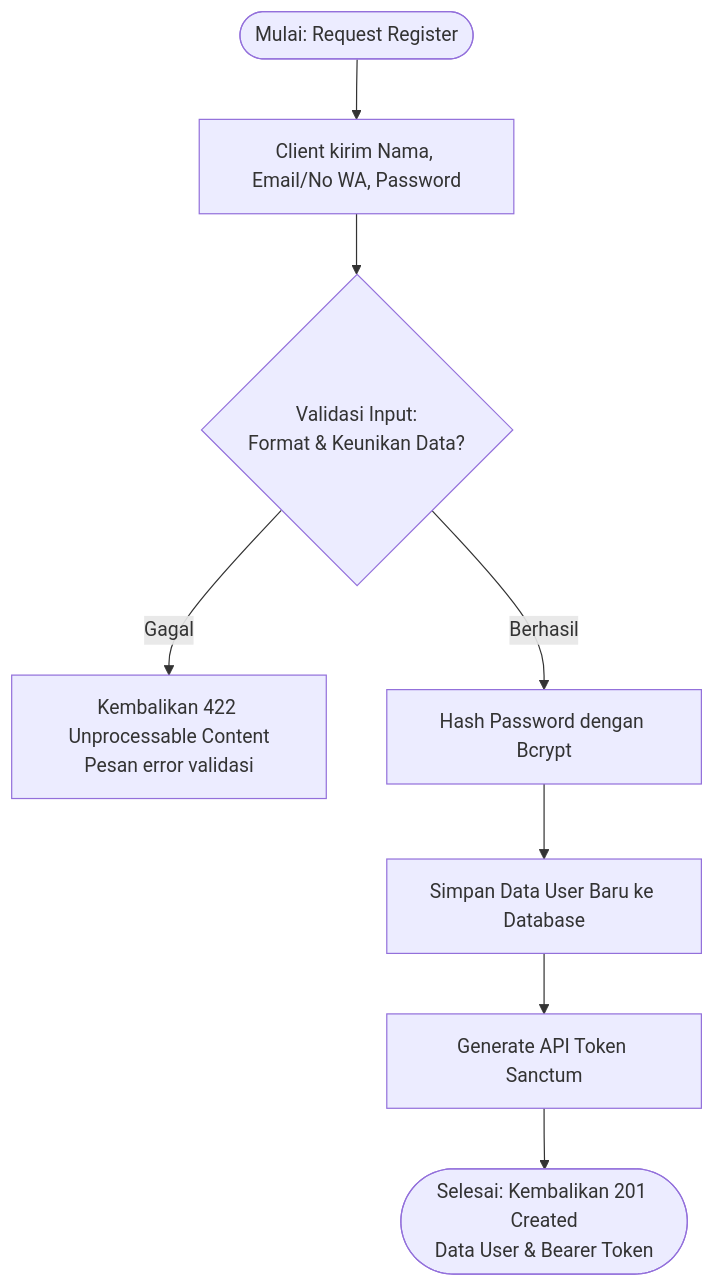
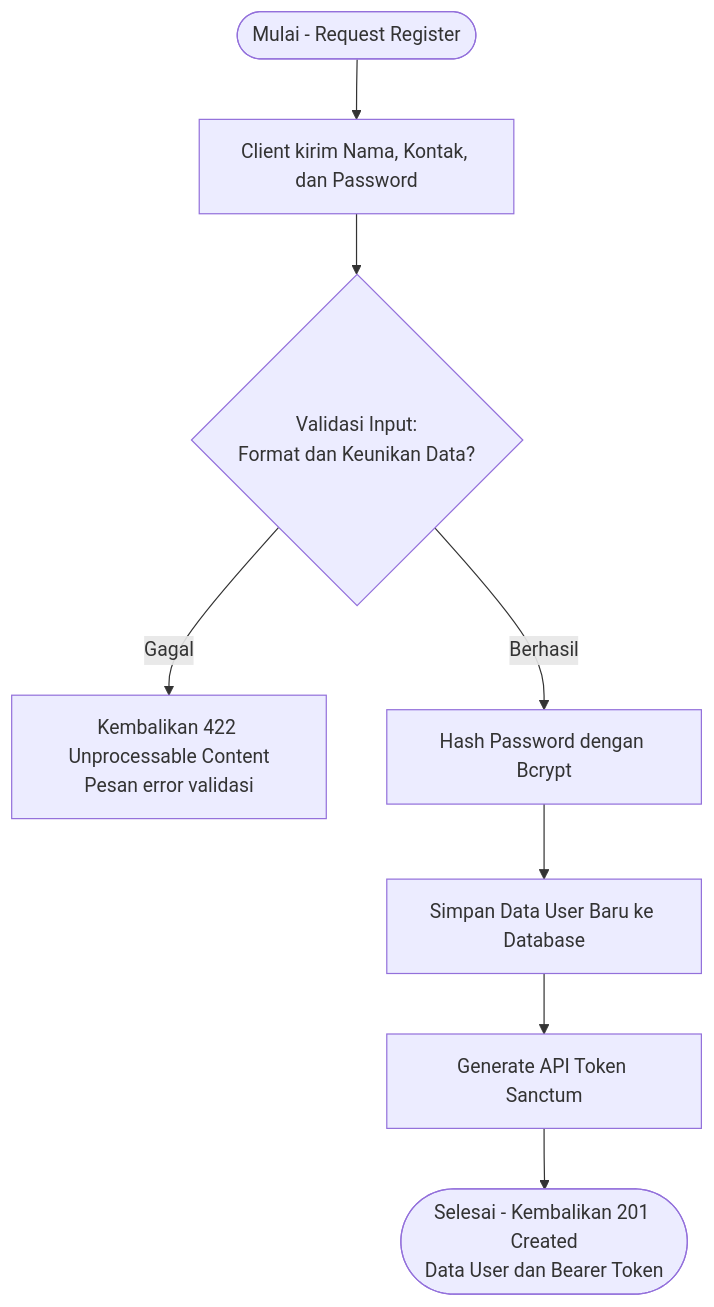
The fourth of 10 diagrams in README.md (nabilkencana/Laravel-UKL), drawn with Mermaid before and after one commit. The commit also changed other lines of this file, not shown here.

Commit message:
Update README.md; improve clarity in sequence diagrams and flowcharts for user authentication processes

````diff
--- a/README.md
+++ b/README.md
@@ -346,10 +345,10 @@
 ```mermaid
 flowchart TD
-    A([Mulai: Request Register]) --> B[Client kirim Nama, Email/No WA, Password]
-    B --> C{Validasi Input:<br/>Format & Keunikan Data?}
-    C -- Gagal --> D[Kembalikan 422 Unprocessable Content<br/>Pesan error validasi]
-    C -- Berhasil --> E[Hash Password dengan Bcrypt]
-    E --> F[Simpan Data User Baru ke Database]
-    F --> G[Generate API Token Sanctum]
-    G --> H([Selesai: Kembalikan 201 Created<br/>Data User & Bearer Token])
+    A(["Mulai - Request Register"]) --> B["Client kirim Nama, Kontak, dan Password"]
+    B --> C{"Validasi Input:<br/>Format dan Keunikan Data?"}
+    C -- Gagal --> D["Kembalikan 422 Unprocessable Content<br/>Pesan error validasi"]
+    C -- Berhasil --> E["Hash Password dengan Bcrypt"]
+    E --> F["Simpan Data User Baru ke Database"]
+    F --> G["Generate API Token Sanctum"]
+    G --> H(["Selesai - Kembalikan 201 Created<br/>Data User dan Bearer Token"])
 ```
````
